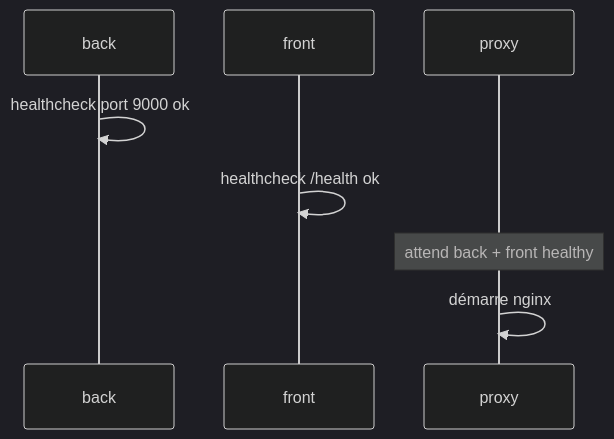
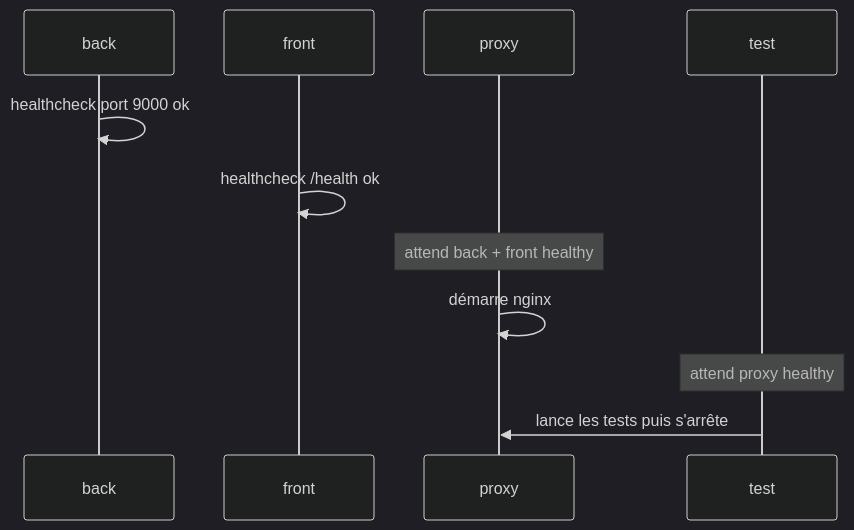
One commit to jomeawd/devDocker changed the second of 3 diagrams in README.md. Above: the diagram before and after it, drawn with Mermaid (dark theme). The commit also changed other lines of this file, not shown here.

````diff
--- a/README.md
+++ b/README.md
@@ -56,10 +78,13 @@
 ```mermaid
 sequenceDiagram
     participant back
     participant front
     participant proxy
     back->>back: healthcheck port 9000 ok
     front->>front: healthcheck /health ok
+    participant test
     Note over proxy: attend back + front healthy
     proxy->>proxy: démarre nginx
+    Note over test: attend proxy healthy
+    test->>proxy: lance les tests puis s'arrête
 ```
````
